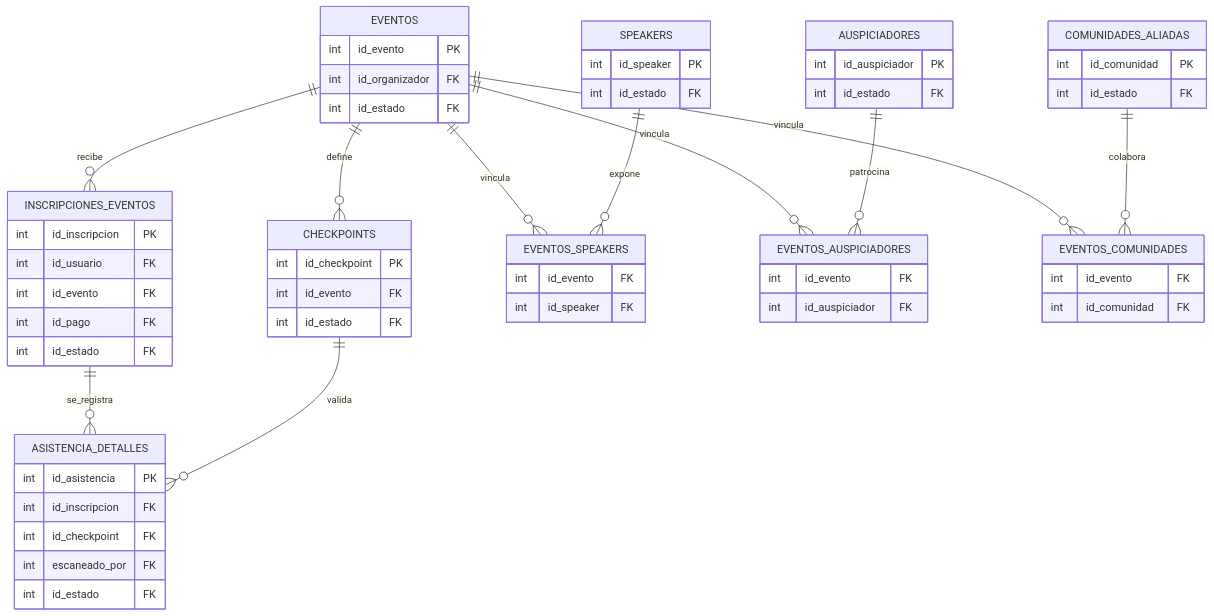
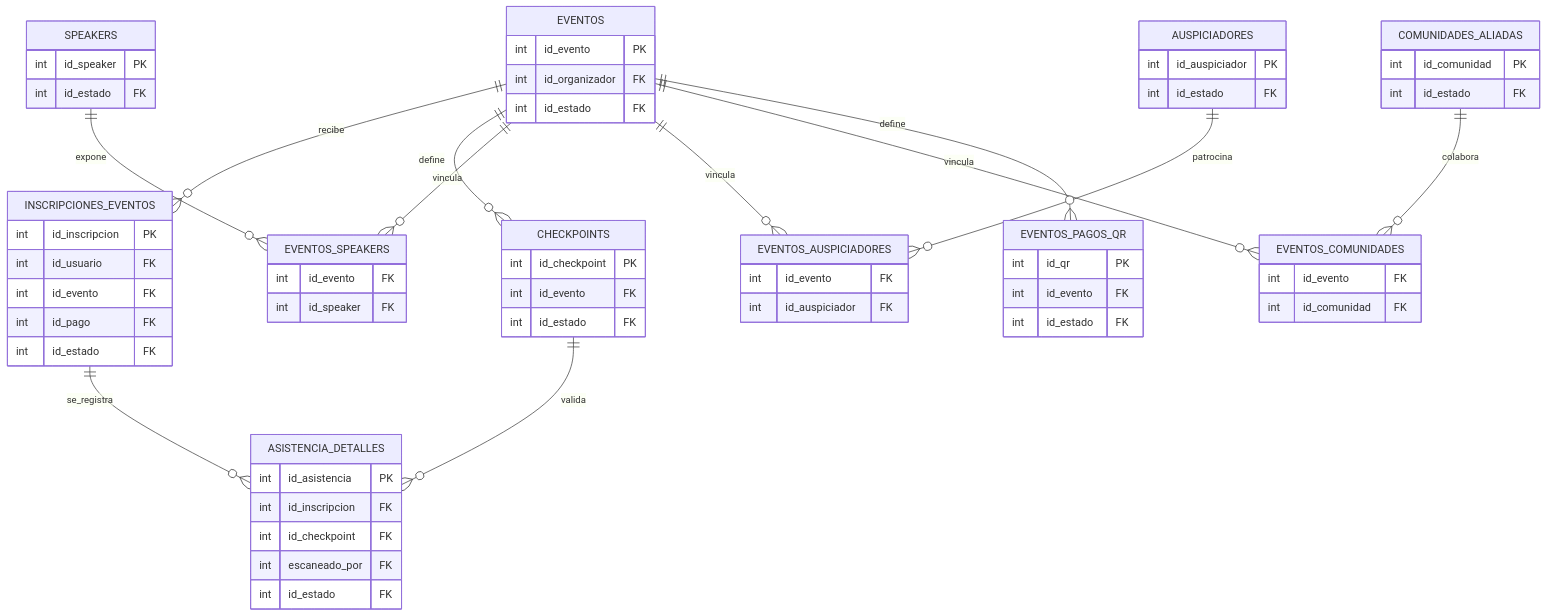
The second of 4 diagrams in website/docs/tecnico/05-base-datos-seguridad.md (TuGfaNat/Plataforma-MEH), drawn with Mermaid before and after one commit. The commit also changed other lines of this file and 31 other files, not shown here.

````diff
--- a/website/docs/tecnico/05-base-datos-seguridad.md
+++ b/website/docs/tecnico/05-base-datos-seguridad.md
@@ -63,62 +63,68 @@
 ```mermaid
 erDiagram
     EVENTOS {
         int id_evento PK
         int id_organizador FK
         int id_estado FK
     }
     INSCRIPCIONES_EVENTOS {
         int id_inscripcion PK
         int id_usuario FK
         int id_evento FK
         int id_pago FK
         int id_estado FK
     }
     CHECKPOINTS {
         int id_checkpoint PK
         int id_evento FK
         int id_estado FK
     }
     ASISTENCIA_DETALLES {
         int id_asistencia PK
         int id_inscripcion FK
         int id_checkpoint FK
         int escaneado_por FK
         int id_estado FK
     }
     SPEAKERS {
         int id_speaker PK
         int id_estado FK
     }
     AUSPICIADORES {
         int id_auspiciador PK
         int id_estado FK
     }
     COMUNIDADES_ALIADAS {
         int id_comunidad PK
         int id_estado FK
     }
     EVENTOS_SPEAKERS {
         int id_evento FK
         int id_speaker FK
     }
     EVENTOS_AUSPICIADORES {
         int id_evento FK
         int id_auspiciador FK
     }
     EVENTOS_COMUNIDADES {
         int id_evento FK
         int id_comunidad FK
     }
+    EVENTOS_PAGOS_QR {
+        int id_qr PK
+        int id_evento FK
+        int id_estado FK
+    }
 
     EVENTOS ||--o{ INSCRIPCIONES_EVENTOS : "recibe"
     EVENTOS ||--o{ CHECKPOINTS : "define"
     INSCRIPCIONES_EVENTOS ||--o{ ASISTENCIA_DETALLES : "se_registra"
     CHECKPOINTS ||--o{ ASISTENCIA_DETALLES : "valida"
     EVENTOS ||--o{ EVENTOS_SPEAKERS : "vincula"
     SPEAKERS ||--o{ EVENTOS_SPEAKERS : "expone"
     EVENTOS ||--o{ EVENTOS_AUSPICIADORES : "vincula"
     AUSPICIADORES ||--o{ EVENTOS_AUSPICIADORES : "patrocina"
     EVENTOS ||--o{ EVENTOS_COMUNIDADES : "vincula"
     COMUNIDADES_ALIADAS ||--o{ EVENTOS_COMUNIDADES : "colabora"
+    EVENTOS ||--o{ EVENTOS_PAGOS_QR : "define"
 ```
````
